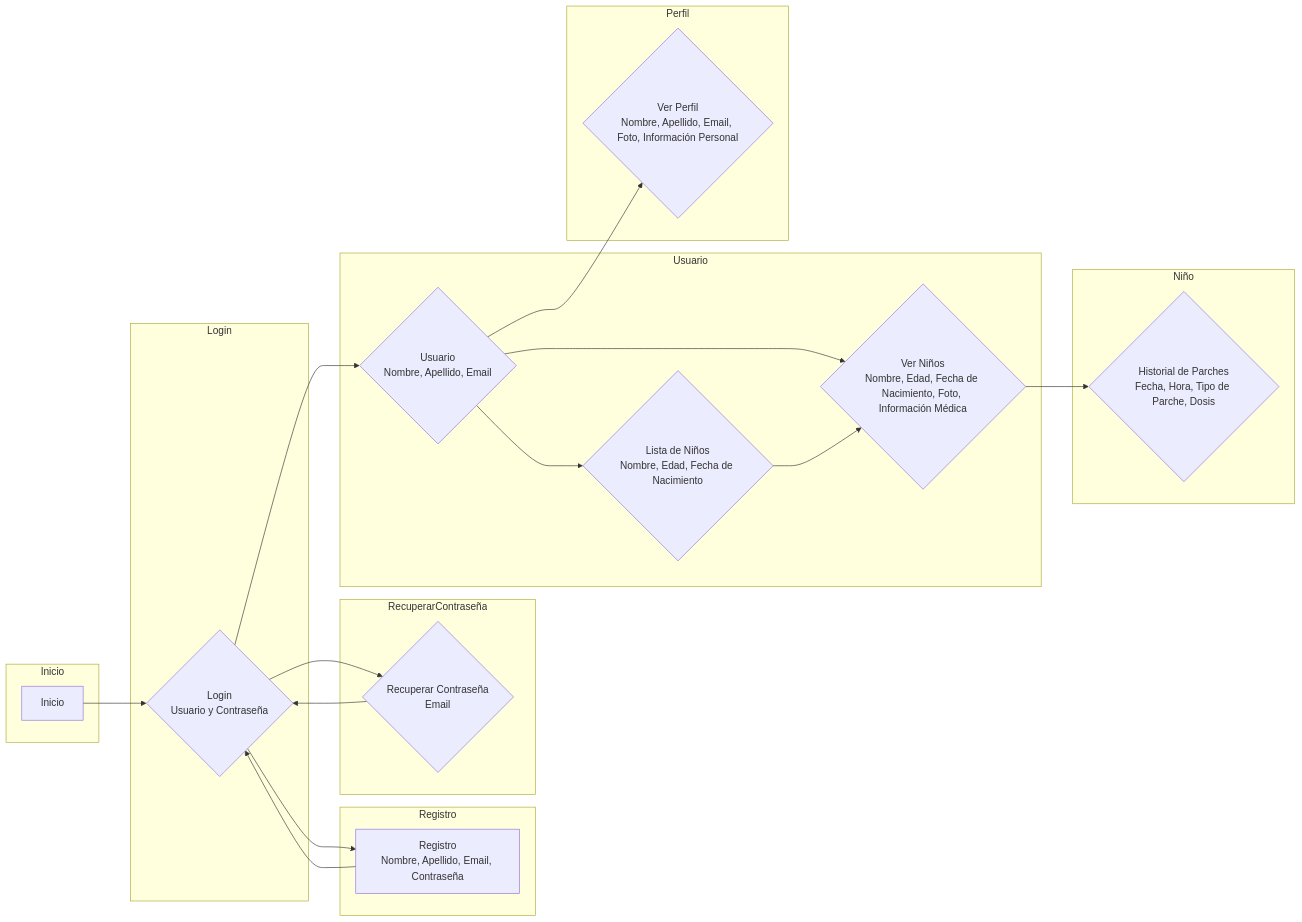
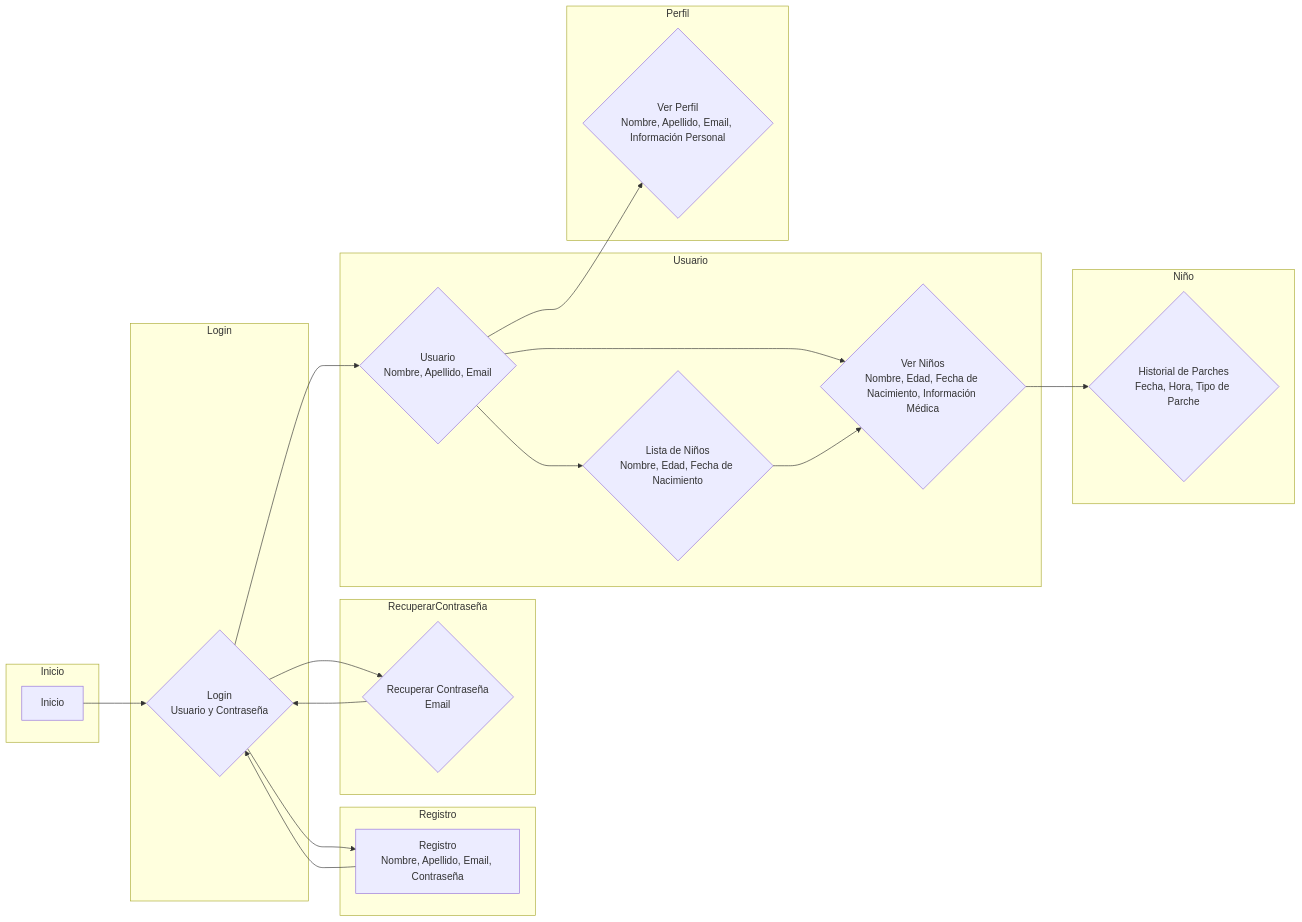
One commit to mactiburon/tapatapp changed the diagram in DiagramaVista.mermaid. Above: the diagram before and after it, drawn with Mermaid.

Commit message:
DiagramaVista.mermaid

```diff
--- a/DiagramaVista.mermaid
+++ b/DiagramaVista.mermaid
@@ -1,36 +1,36 @@
 graph LR
     subgraph Inicio
         A[Inicio]
     end
     subgraph Login
         B{Login<br>Usuario y Contraseña}
     end
     subgraph Registro
         C[Registro<br>Nombre, Apellido, Email, Contraseña]
     end
     subgraph RecuperarContraseña
         D{Recuperar Contraseña<br>Email}
     end
     subgraph Usuario
         E{Usuario<br>Nombre, Apellido, Email}
         I{Lista de Niños<br>Nombre, Edad, Fecha de Nacimiento}
-        G{Ver Niños<br>Nombre, Edad, Fecha de Nacimiento, Foto, Información Médica}
+        G{Ver Niños<br>Nombre, Edad, Fecha de Nacimiento, Información Médica}
     end
     subgraph Perfil
-        F{Ver Perfil<br>Nombre, Apellido, Email, Foto, Información Personal}
+        F{Ver Perfil<br>Nombre, Apellido, Email, Información Personal}
     end
     subgraph Niño
-        H{Historial de Parches<br>Fecha, Hora, Tipo de Parche, Dosis}
+        H{Historial de Parches<br>Fecha, Hora, Tipo de Parche}
     end
 
     A --> B
     B --> C
     B --> D
     C --> B
     D --> B
     B --> E
     E --> F
     E --> I
     E --> G
     I --> G
     G --> H
```
